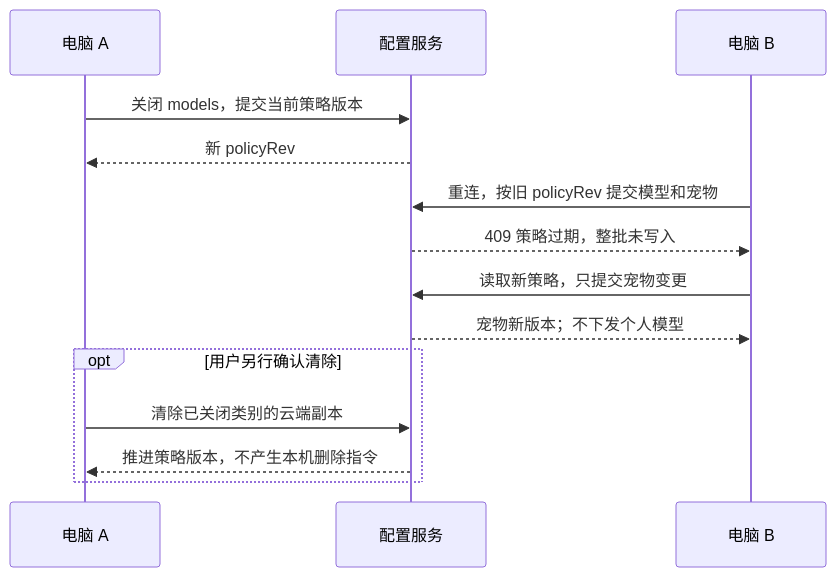
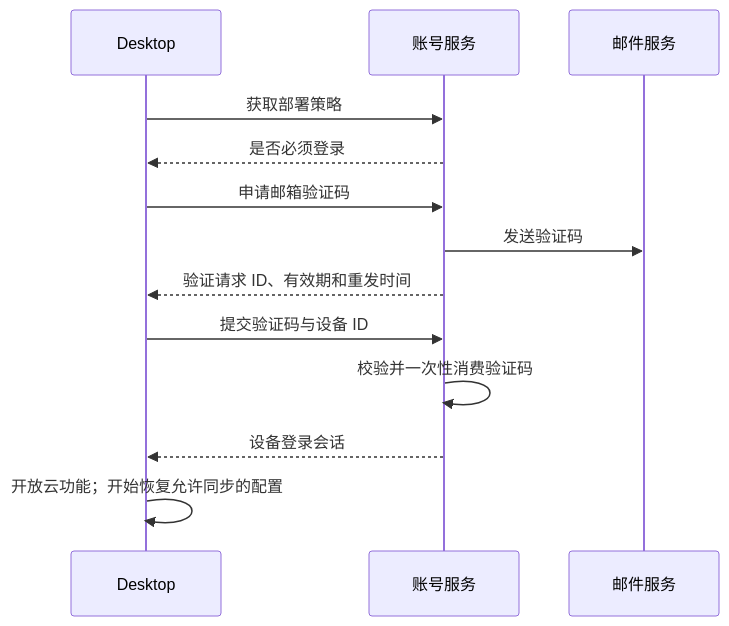
Before and after one commit to LiusCraft/pi-desktop: the second of 7 diagrams in docs/private-cloud-design.md, drawn with Mermaid. The commit also changed other lines of this file, not shown here.

````diff
--- a/docs/private-cloud-design.md
+++ b/docs/private-cloud-design.md
@@ -129,16 +118,15 @@
 ```mermaid
 sequenceDiagram
-    participant A as 电脑 A
-    participant C as 配置服务
-    participant B as 电脑 B
-    A->>C: 关闭 models，提交当前策略版本
-    C-->>A: 新 policyRev
-    B->>C: 重连，按旧 policyRev 提交模型和宠物
-    C-->>B: 409 策略过期，整批未写入
-    B->>C: 读取新策略，只提交宠物变更
-    C-->>B: 宠物新版本；不下发个人模型
-    opt 用户另行确认清除
-        A->>C: 清除已关闭类别的云端副本
-        C-->>A: 推进策略版本，不产生本机删除指令
-    end
+    participant D as Desktop
+    participant A as 账号服务
+    participant M as 邮件服务
+    D->>A: 获取部署策略
+    A-->>D: 是否必须登录
+    D->>A: 申请邮箱验证码
+    A->>M: 发送验证码
+    A-->>D: 验证请求 ID、有效期和重发时间
+    D->>A: 提交验证码与设备 ID
+    A->>A: 校验并一次性消费验证码
+    A-->>D: 设备登录会话
+    D->>D: 开放云功能；开始恢复允许同步的配置
 ```
````
